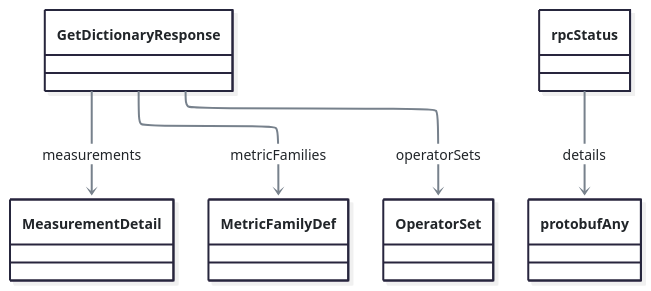
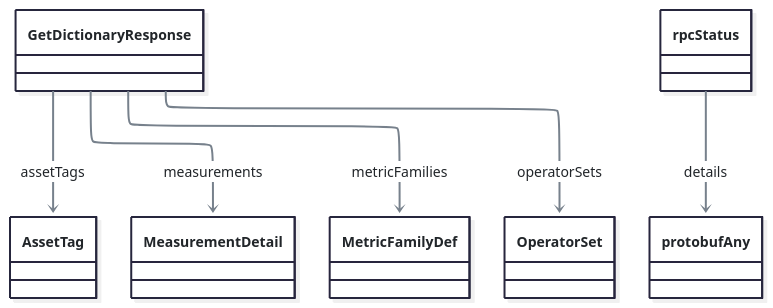
One commit to alexdearaujo/community_sdk_python changed the third of 3 diagrams in docs/sphinx/services/dictionary.md. Above: the diagram before and after it, drawn with Mermaid. The commit also changed other lines of this file and 160 other files, not shown here.

First line of the commit message:
chore: sync schema to 5d1d2fa

````diff
--- a/docs/sphinx/services/dictionary.md
+++ b/docs/sphinx/services/dictionary.md
@@ -105,14 +105,16 @@
 ```mermaid
 %%{init: {"theme": "redux", "look": "neo", "layout": "elk", "fontFamily": "ui-monospace, SFMono-Regular, Menlo, monospace", "themeVariables": {"fontFamily": "ui-monospace, SFMono-Regular, Menlo, monospace", "primaryColor": "#f8f9fa", "primaryBorderColor": "#495057", "primaryTextColor": "#212529", "textColor": "#212529", "lineColor": "#77818c", "edgeLabelBackground": "#ffffff", "actorBkg": "#f8f9fa", "actorBorder": "#495057", "actorTextColor": "#212529", "actorLineColor": "#a9b3be", "signalColor": "#57616d", "signalTextColor": "#212529", "labelBoxBkgColor": "#f8f9fa", "labelBoxBorderColor": "#495057", "labelTextColor": "#212529", "loopTextColor": "#57616d", "noteBkgColor": "#fff9db", "noteBorderColor": "#f08c00", "noteTextColor": "#a35a00"}, "sequence": {"activationWidth": 16}, "flowchart": {"curve": "basis", "nodeSpacing": 30, "rankSpacing": 70, "wrappingWidth": 400}}}%%
 classDiagram
+    class AssetTag
     class GetDictionaryResponse
     class MeasurementDetail
     class MetricFamilyDef
     class OperatorSet
     class protobufAny
     class rpcStatus
+    GetDictionaryResponse --> AssetTag : assetTags
     GetDictionaryResponse --> MeasurementDetail : measurements
     GetDictionaryResponse --> MetricFamilyDef : metricFamilies
     GetDictionaryResponse --> OperatorSet : operatorSets
     rpcStatus --> protobufAny : details
 ```
````
